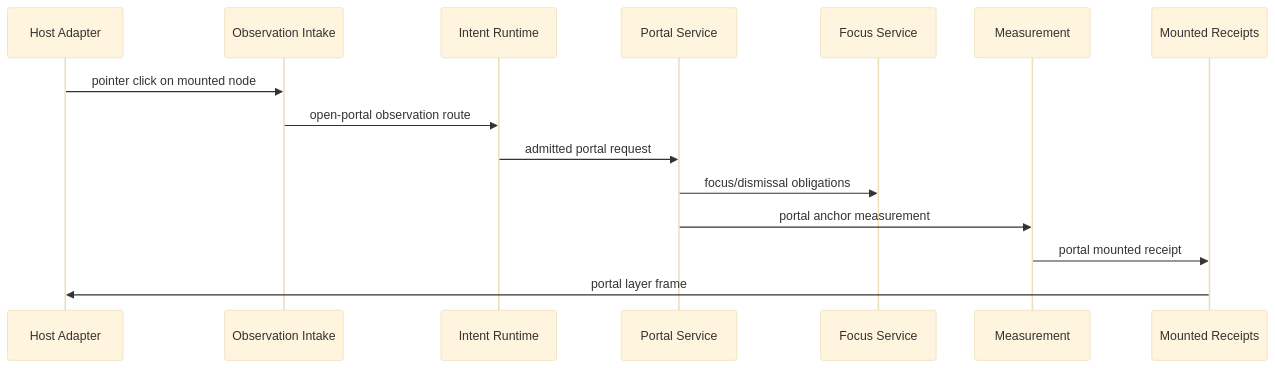
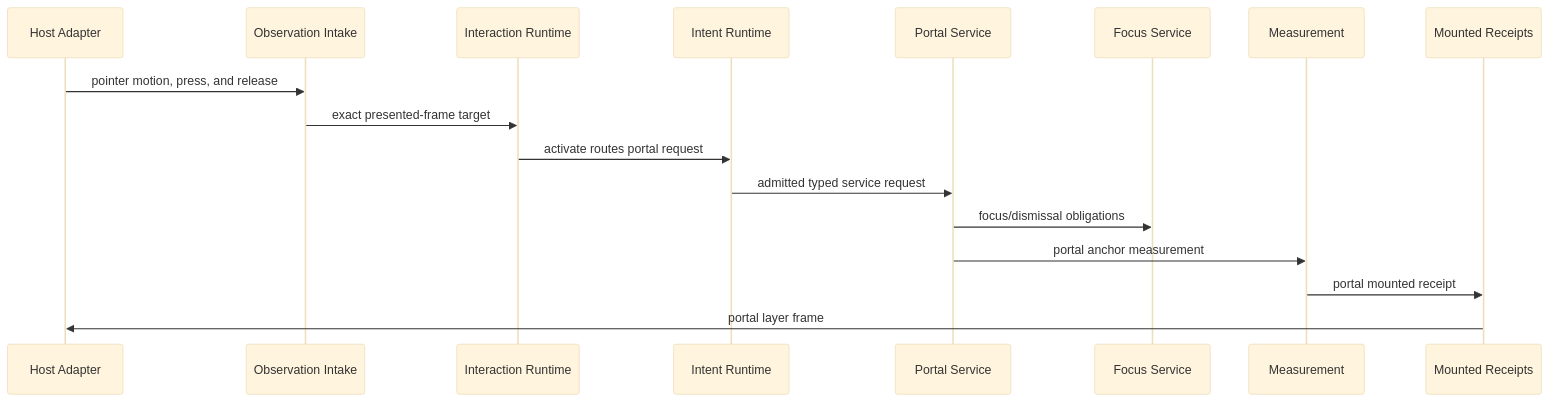
Before and after one commit to recnepspencer/forge: the fifth of 6 diagrams in workspaces/worth-ui/docs/worth-ui-readme.md, drawn with Mermaid (base theme). The commit also changed other lines of this file and 4 other files, not shown here.

````diff
--- a/workspaces/worth-ui/docs/worth-ui-readme.md
+++ b/workspaces/worth-ui/docs/worth-ui-readme.md
@@ -1781,18 +1784,20 @@
 ```mermaid
 sequenceDiagram
     participant Host as Host Adapter
     participant Obs as Observation Intake
+    participant Interaction as Interaction Runtime
     participant Intent as Intent Runtime
     participant Portal as Portal Service
     participant Focus as Focus Service
     participant Measure as Measurement
     participant Mount as Mounted Receipts
 
-    Host->>Obs: pointer click on mounted node
-    Obs->>Intent: open-portal observation route
-    Intent->>Portal: admitted portal request
+    Host->>Obs: pointer motion, press, and release
+    Obs->>Interaction: exact presented-frame target
+    Interaction->>Intent: activate routes portal request
+    Intent->>Portal: admitted typed service request
     Portal->>Focus: focus/dismissal obligations
     Portal->>Measure: portal anchor measurement
     Measure->>Mount: portal mounted receipt
     Mount->>Host: portal layer frame
 ```
````
